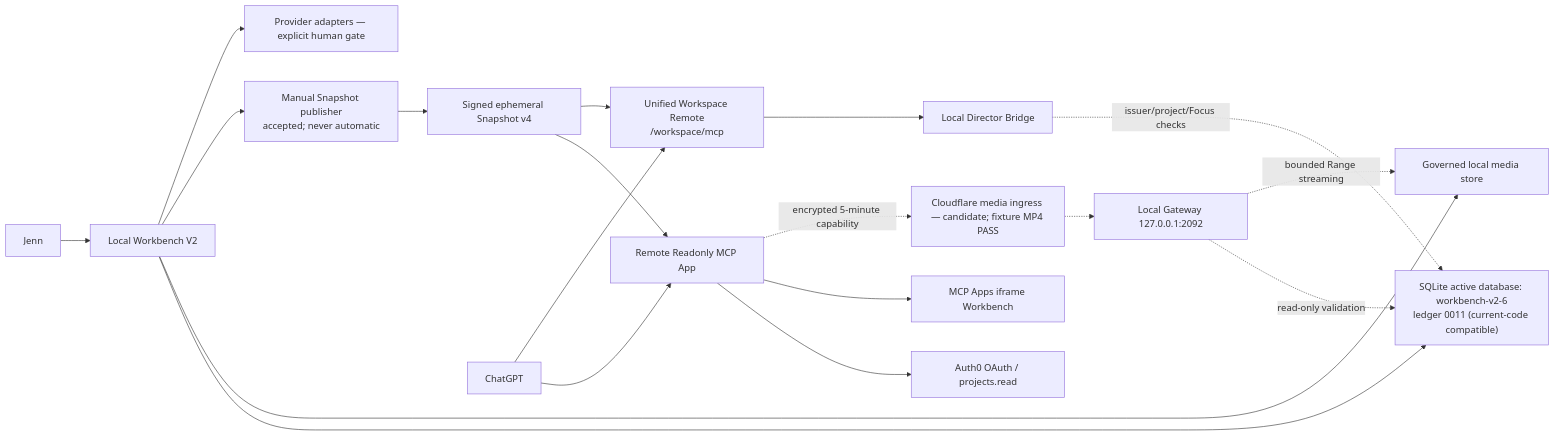
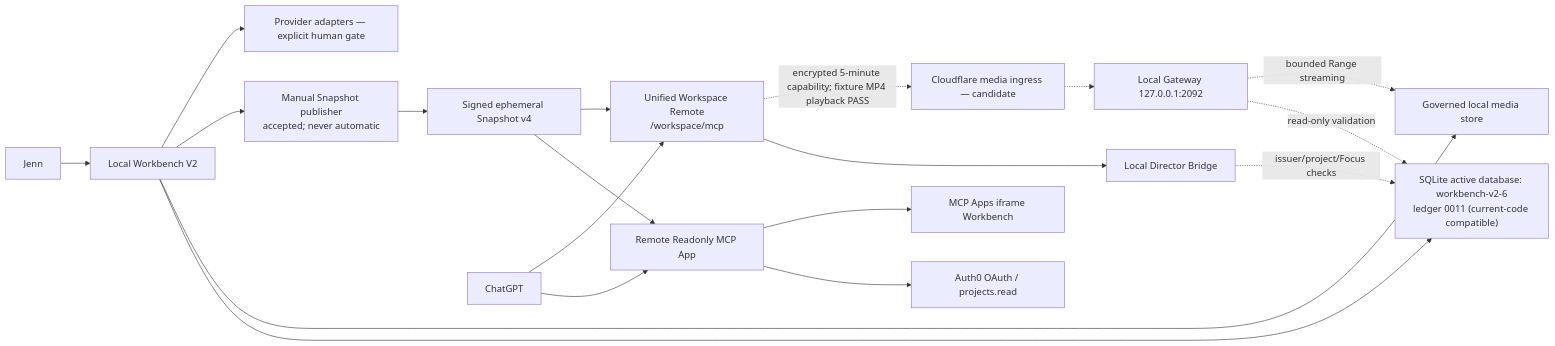
One commit to JENN2046/AI-Video-Production-Local-Bridge changed the diagram in docs/ARCHITECTURE.md. Above: the diagram before and after it, drawn with Mermaid. The commit also changed other lines of this file and 9 other files, not shown here.

Commit message:
docs: narrow media fixture evidence

````diff
--- a/docs/ARCHITECTURE.md
+++ b/docs/ARCHITECTURE.md
@@ -8,21 +8,21 @@
 ```mermaid
 flowchart LR
     J["Jenn"] --> W["Local Workbench V2"]
     W --> DB["SQLite active database: workbench-v2-6\nledger 0011 (current-code compatible)"]
     W --> FS["Governed local media store"]
     W --> PA["Manual Snapshot publisher\naccepted; never automatic"]
     PA --> SS["Signed ephemeral Snapshot v4"]
     SS --> RM["Remote Readonly MCP App"]
     C["ChatGPT"] --> RM
     RM --> AU["Auth0 OAuth / projects.read"]
     RM --> UI["MCP Apps iframe Workbench"]
     C --> UW["Unified Workspace Remote\n/workspace/mcp"]
     SS --> UW
     UW --> DBR["Local Director Bridge"]
     DBR -. "issuer/project/Focus checks" .-> DB
-    RM -. "encrypted 5-minute capability" .-> CF["Cloudflare media ingress — candidate; fixture MP4 PASS"]
+    UW -. "encrypted 5-minute capability; fixture MP4 playback PASS" .-> CF["Cloudflare media ingress — candidate"]
     CF -.-> GW["Local Gateway 127.0.0.1:2092"]
     GW -. "read-only validation" .-> DB
     GW -. "bounded Range streaming" .-> FS
     W --> PR["Provider adapters — explicit human gate"]
 ```
````
